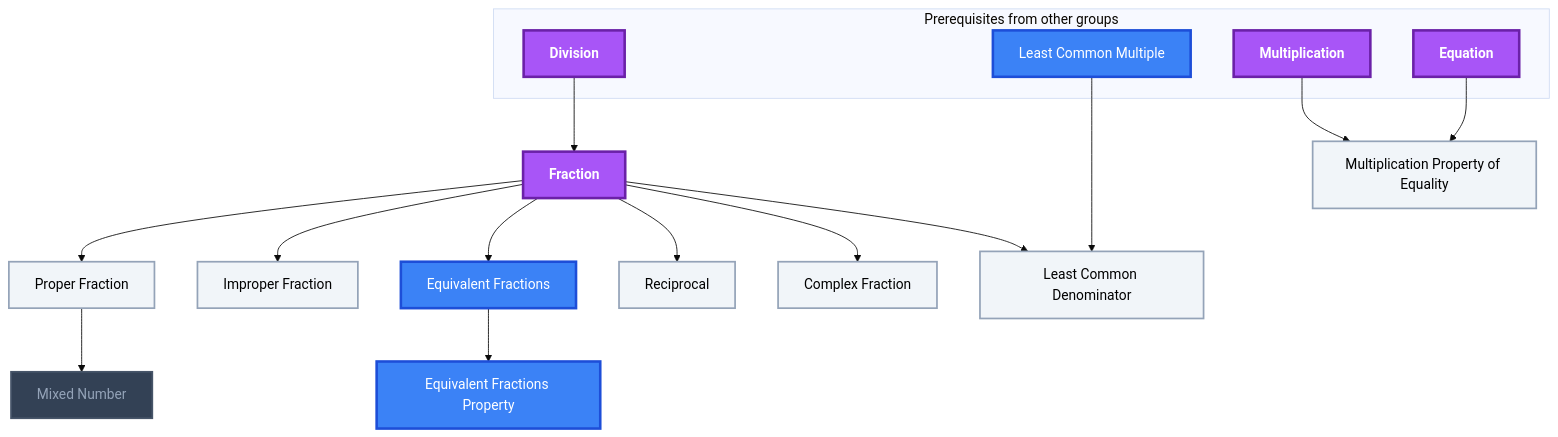
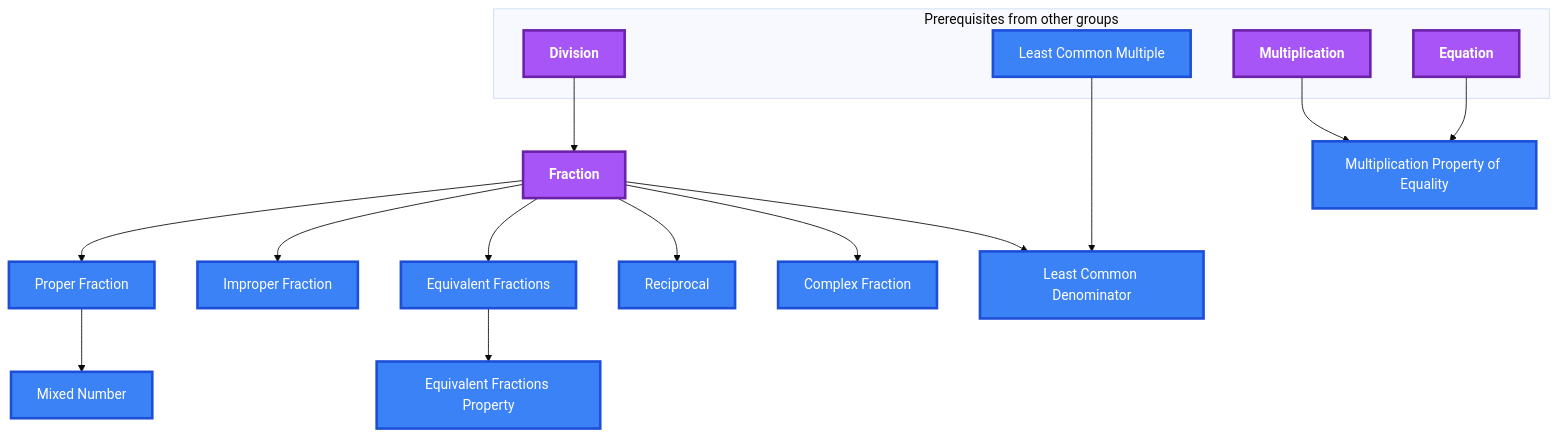
Before and after one commit to MRauf1/My-Notes: the fourth of 10 diagrams in Gamification/Skill Trees/Pre-Algebra.md, drawn with Mermaid (base theme). The commit also changed other lines of this file and 145 other files, not shown here.

````diff
--- a/Gamification/Skill Trees/Pre-Algebra.md
+++ b/Gamification/Skill Trees/Pre-Algebra.md
@@ -216,45 +210,43 @@
 ```mermaid
 flowchart TD
     classDef planned fill:#1E293B,stroke:#64748B,stroke-width:2px,stroke-dasharray:5 5,color:#94A3B8;
     classDef locked fill:#334155,stroke:#475569,stroke-width:2px,color:#94A3B8;
     classDef L0 fill:#F1F5F9,stroke:#94A3B8,stroke-width:2px,color:#000000;
     classDef L1 fill:#22C55E,stroke:#15803D,stroke-width:2px,color:#000000;
     classDef L2 fill:#3B82F6,stroke:#1D4ED8,stroke-width:3px,color:#FFFFFF;
     classDef L3 fill:#A855F7,stroke:#6B21A8,stroke-width:3px,color:#FFFFFF,font-weight:bold;
     classDef L4 fill:#F97316,stroke:#C2410C,stroke-width:4px,color:#000000,font-weight:bold;
     classDef L5 fill:#FFD700,stroke:#FF8C00,stroke-width:5px,color:#000000,font-weight:bold;
     classDef rusty stroke:#8B4513,stroke-width:4px,stroke-dasharray:3 3;
     subgraph sg_prereqs["Prerequisites from other groups"]
         n_division["Division"]
         n_least_common_multiple["Least Common Multiple"]
         n_multiplication["Multiplication"]
         n_equation["Equation"]
     end
     n_fraction["Fraction"]
     n_proper_fraction["Proper Fraction"]
     n_improper_fraction["Improper Fraction"]
     n_mixed_number["Mixed Number"]
     n_equivalent_fractions["Equivalent Fractions"]
     n_equivalent_fractions_property["Equivalent Fractions Property"]
     n_reciprocal["Reciprocal"]
     n_complex_fraction["Complex Fraction"]
     n_least_common_denominator["Least Common Denominator"]
     n_multiplication_property_of_equality["Multiplication Property of Equality"]
     n_division --> n_fraction
     n_fraction --> n_proper_fraction
     n_fraction --> n_improper_fraction
     n_proper_fraction --> n_mixed_number
     n_fraction --> n_equivalent_fractions
     n_equivalent_fractions --> n_equivalent_fractions_property
     n_fraction --> n_reciprocal
     n_fraction --> n_complex_fraction
     n_least_common_multiple --> n_least_common_denominator
     n_fraction --> n_least_common_denominator
     n_multiplication --> n_multiplication_property_of_equality
     n_equation --> n_multiplication_property_of_equality
-    class n_mixed_number locked;
-    class n_proper_fraction,n_improper_fraction,n_reciprocal,n_complex_fraction,n_least_common_denominator,n_multiplication_property_of_equality L0;
-    class n_least_common_multiple,n_equivalent_fractions,n_equivalent_fractions_property L2;
+    class n_least_common_multiple,n_proper_fraction,n_improper_fraction,n_mixed_number,n_equivalent_fractions,n_equivalent_fractions_property,n_reciprocal,n_complex_fraction,n_least_common_denominator,n_multiplication_property_of_equality L2;
     class n_division,n_multiplication,n_equation,n_fraction L3;
     class n_division,n_least_common_multiple,n_multiplication,n_equation,n_fraction,n_proper_fraction,n_improper_fraction,n_mixed_number,n_equivalent_fractions,n_equivalent_fractions_property,n_reciprocal,n_complex_fraction,n_least_common_denominator,n_multiplication_property_of_equality internal-link;
 ```
````
